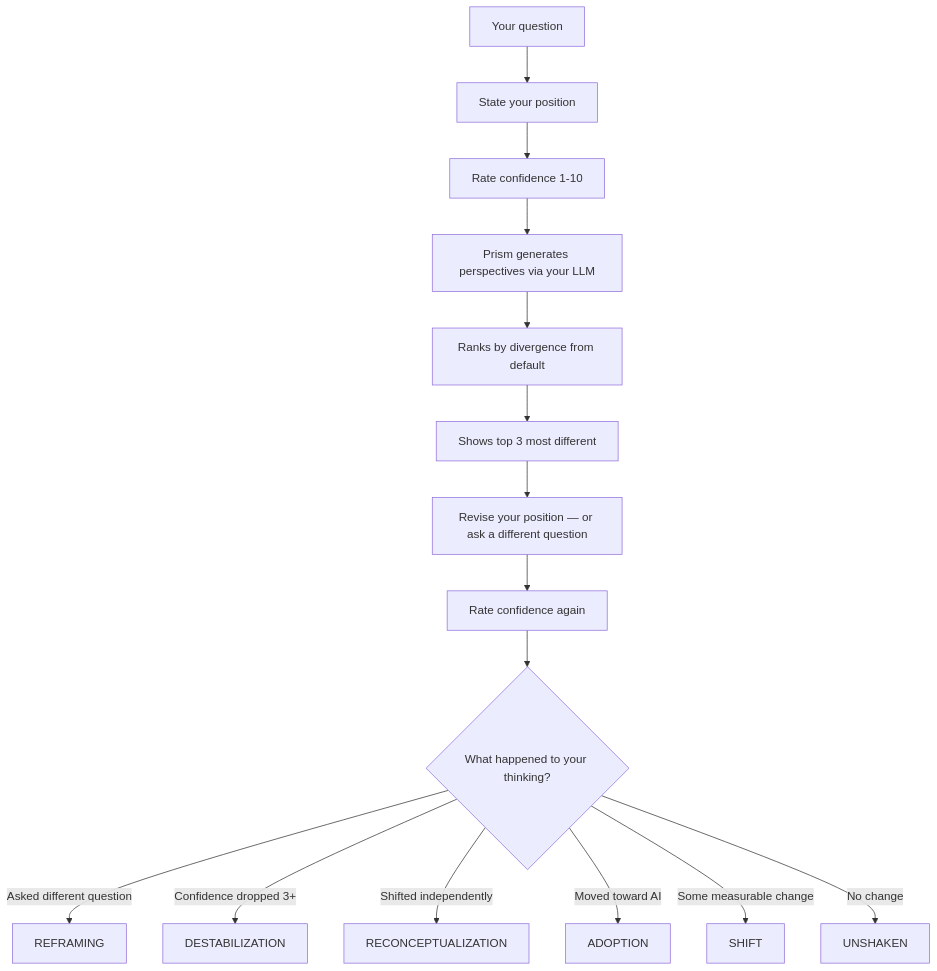
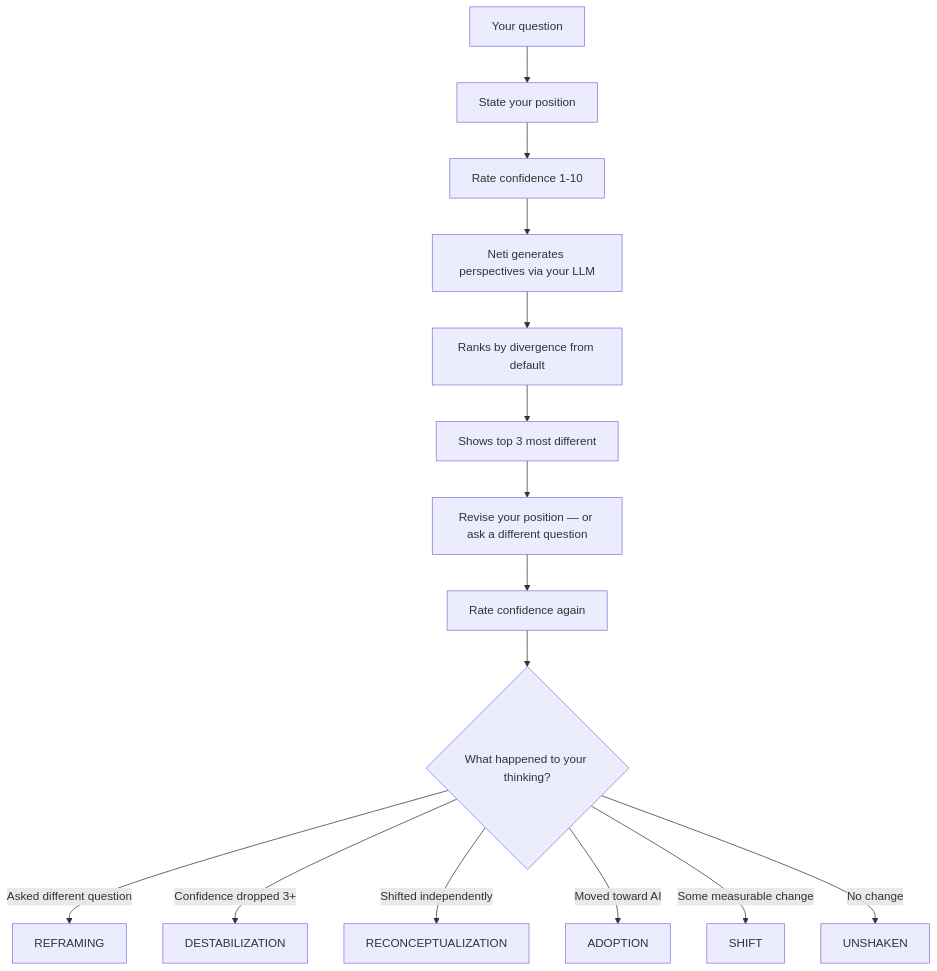
One commit to kirti34n/prism changed the diagram in README.md. Above: the diagram before and after it, drawn with Mermaid. The commit also changed other lines of this file, not shown here.

First line of the commit message:
docs: rename README to neti, add research mode documentation

````diff
--- a/README.md
+++ b/README.md
@@ -321,17 +326,17 @@
 ```mermaid
 flowchart TD
     A["Your question"] --> B["State your position"]
     B --> C["Rate confidence 1-10"]
-    C --> D["Prism generates perspectives via your LLM"]
+    C --> D["Neti generates perspectives via your LLM"]
     D --> E["Ranks by divergence from default"]
     E --> F["Shows top 3 most different"]
     F --> G["Revise your position — or ask a different question"]
     G --> H["Rate confidence again"]
     H --> I{"What happened to your thinking?"}
     I -->|"Asked different question"| J["REFRAMING"]
     I -->|"Confidence dropped 3+"| K["DESTABILIZATION"]
     I -->|"Shifted independently"| L["RECONCEPTUALIZATION"]
     I -->|"Moved toward AI"| M["ADOPTION"]
     I -->|"Some measurable change"| O["SHIFT"]
     I -->|"No change"| N["UNSHAKEN"]
 ```
````
